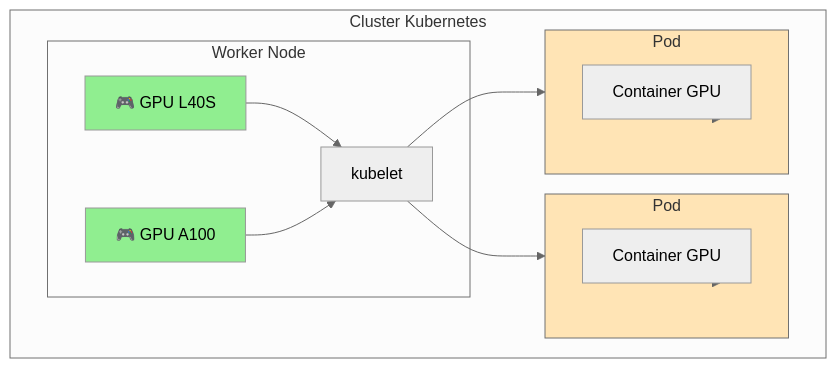
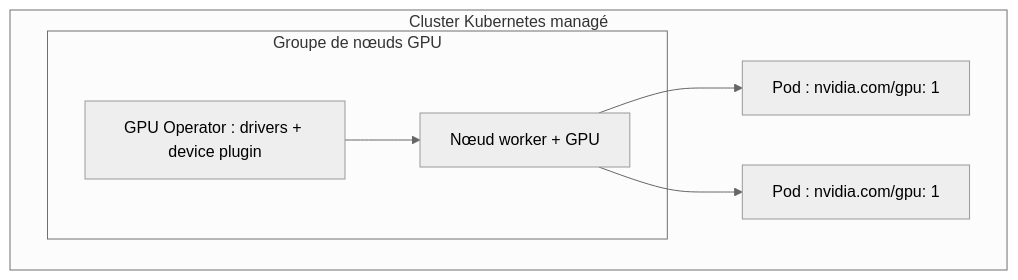
One commit to HidoraSwiss/hikube-public-doc changed the second of 2 diagrams in docs/services/gpu/overview.md. Above: the diagram before and after it, drawn with Mermaid (neutral theme). The commit also changed other lines of this file and 22 other files, not shown here.

````diff
--- a/docs/services/gpu/overview.md
+++ b/docs/services/gpu/overview.md
@@ -95,30 +79,15 @@
 ```mermaid
 flowchart TD
-    subgraph CLUSTER["Cluster Kubernetes"]
-        subgraph WORKER["Worker Node"]
-            GPU1["🎮 GPU L40S"]
-            GPU2["🎮 GPU A100"]
-            KUBELET["kubelet"]
+    subgraph CLUSTER["Cluster Kubernetes managé"]
+        subgraph NG["Groupe de nœuds GPU"]
+            W1["Nœud worker + GPU"]
+            OP["GPU Operator : drivers + device plugin"]
         end
-        
-        subgraph POD1["Pod"]
-            CONTAINER1["Container GPU"]
-        end
-        
-        subgraph POD2["Pod"]
-            CONTAINER2["Container GPU"]
-        end
+        POD1["Pod : nvidia.com/gpu: 1"]
+        POD2["Pod : nvidia.com/gpu: 1"]
     end
-    
-    GPU1 --> KUBELET
-    GPU2 --> KUBELET
-    KUBELET --> POD1
-    KUBELET --> POD2
-    POD1 --> CONTAINER1
-    POD2 --> CONTAINER2
-    
-    style GPU1 fill:#90EE90
-    style GPU2 fill:#90EE90
-    style POD1 fill:#FFE4B5
-    style POD2 fill:#FFE4B5
+
+    OP --> W1
+    W1 --> POD1
+    W1 --> POD2
 ```
````
